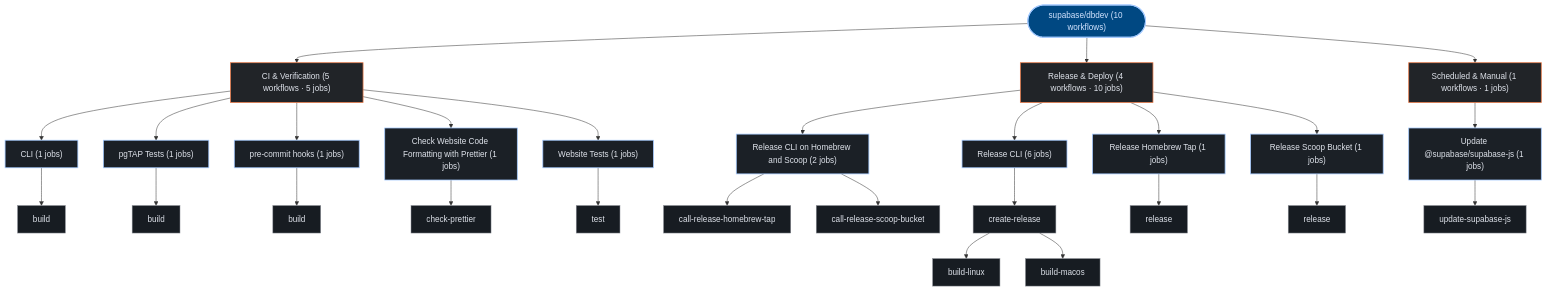
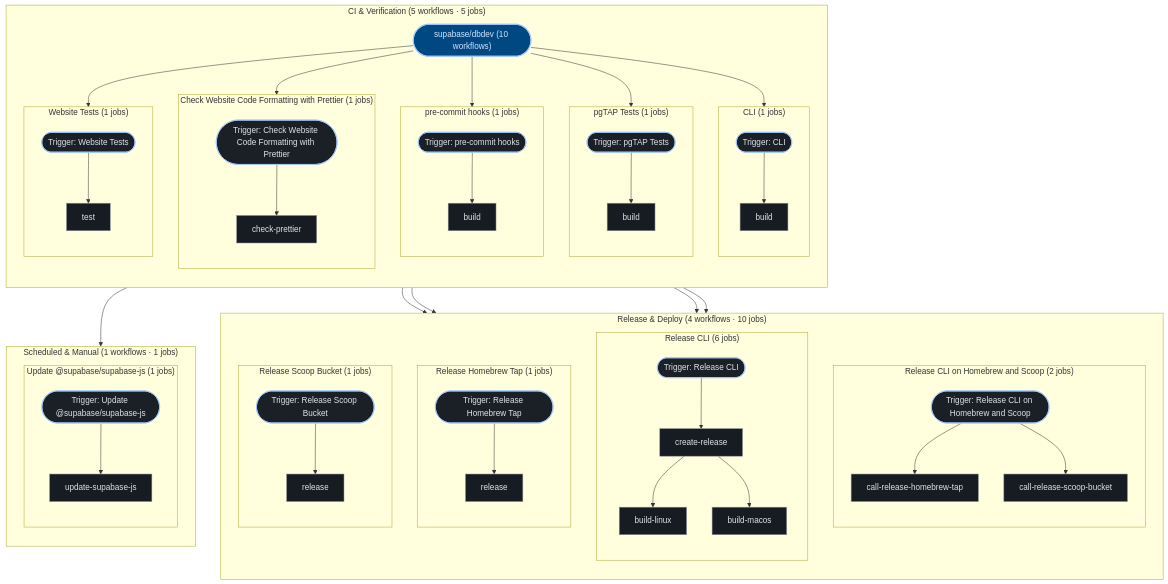
Before and after one commit to kumarshaz/atruss-code-atlas: the third of 3 diagrams in exports/latest/reports/supabase-dbdev-report.md, drawn with Mermaid. The commit also changed 181 other files, not shown here.

````diff
--- a/exports/latest/reports/supabase-dbdev-report.md
+++ b/exports/latest/reports/supabase-dbdev-report.md
@@ -217,56 +217,89 @@
   classDef atlasAlert fill:#93000a,stroke:#ffb4ab,stroke-width:1.5px,color:#ffdad6
   classDef atlasMore fill:#252a31,stroke:#8d9199,stroke-dasharray:4 4,color:#c3c6cf
   pipeline_root(["supabase/dbdev (10 workflows)"]):::atlasRoot
-  grp_0_CI___Verification["CI & Verification (5 workflows · 5 jobs)"]:::atlasCategory
-  pipeline_root --> grp_0_CI___Verification
-  wf_0_CLI["CLI (1 jobs)"]:::atlasWorkflow
-  grp_0_CI___Verification --> wf_0_CLI
-  job_0_build["build"]:::atlasJob
-  wf_0_CLI --> job_0_build
-  wf_2_pgTAP_Tests["pgTAP Tests (1 jobs)"]:::atlasWorkflow
-  grp_0_CI___Verification --> wf_2_pgTAP_Tests
-  job_2_build["build"]:::atlasJob
-  wf_2_pgTAP_Tests --> job_2_build
-  wf_3_pre_commit_hooks["pre-commit hooks (1 jobs)"]:::atlasWorkflow
-  grp_0_CI___Verification --> wf_3_pre_commit_hooks
-  job_3_build["build"]:::atlasJob
-  wf_3_pre_commit_hooks --> job_3_build
-  wf_4_Check_Website_Code_Formatting_with_Prettier["Check Website Code Formatting with Prettier (1 jobs)"]:::atlasWorkflow
-  grp_0_CI___Verification --> wf_4_Check_Website_Code_Formatting_with_Prettier
-  job_4_check_prettier["check-prettier"]:::atlasJob
-  wf_4_Check_Website_Code_Formatting_with_Prettier --> job_4_check_prettier
-  wf_9_Website_Tests["Website Tests (1 jobs)"]:::atlasWorkflow
-  grp_0_CI___Verification --> wf_9_Website_Tests
-  job_9_test["test"]:::atlasJob
-  wf_9_Website_Tests --> job_9_test
-  grp_1_Release___Deploy["Release & Deploy (4 workflows · 10 jobs)"]:::atlasCategory
-  pipeline_root --> grp_1_Release___Deploy
-  wf_1_Release_CLI_on_Homebrew_and_Scoop["Release CLI on Homebrew and Scoop (2 jobs)"]:::atlasWorkflow
-  grp_1_Release___Deploy --> wf_1_Release_CLI_on_Homebrew_and_Scoop
-  job_1_call_release_homebrew_tap["call-release-homebrew-tap"]:::atlasJob
-  job_1_call_release_scoop_bucket["call-release-scoop-bucket"]:::atlasJob
-  wf_1_Release_CLI_on_Homebrew_and_Scoop --> job_1_call_release_homebrew_tap
-  wf_1_Release_CLI_on_Homebrew_and_Scoop --> job_1_call_release_scoop_bucket
-  wf_5_Release_CLI["Release CLI (6 jobs)"]:::atlasWorkflow
-  grp_1_Release___Deploy --> wf_5_Release_CLI
-  job_5_create_release["create-release"]:::atlasJob
-  job_5_build_linux["build-linux"]:::atlasJob
-  job_5_build_macos["build-macos"]:::atlasJob
-  wf_5_Release_CLI --> job_5_create_release
-  job_5_create_release --> job_5_build_linux
-  job_5_create_release --> job_5_build_macos
-  wf_6_Release_Homebrew_Tap["Release Homebrew Tap (1 jobs)"]:::atlasWorkflow
-  grp_1_Release___Deploy --> wf_6_Release_Homebrew_Tap
-  job_6_release["release"]:::atlasJob
-  wf_6_Release_Homebrew_Tap --> job_6_release
-  wf_7_Release_Scoop_Bucket["Release Scoop Bucket (1 jobs)"]:::atlasWorkflow
-  grp_1_Release___Deploy --> wf_7_Release_Scoop_Bucket
-  job_7_release["release"]:::atlasJob
-  wf_7_Release_Scoop_Bucket --> job_7_release
-  grp_2_Scheduled___Manual["Scheduled & Manual (1 workflows · 1 jobs)"]:::atlasCategory
-  pipeline_root --> grp_2_Scheduled___Manual
-  wf_8_Update__supabase_supabase_js["Update @supabase/supabase-js (1 jobs)"]:::atlasWorkflow
-  grp_2_Scheduled___Manual --> wf_8_Update__supabase_supabase_js
-  job_8_update_supabase_js["update-supabase-js"]:::atlasJob
-  wf_8_Update__supabase_supabase_js --> job_8_update_supabase_js
+  subgraph sg_grp_0_CI___Verification["CI & Verification (5 workflows · 5 jobs)"]
+    direction TB
+    subgraph sg_wf_0_CLI["CLI (1 jobs)"]
+      direction TB
+      wf_0_CLI(["Trigger: CLI"]):::atlasWorkflow
+      job_0_build["build"]:::atlasJob
+      wf_0_CLI --> job_0_build
+    end
+    pipeline_root --> wf_0_CLI
+    subgraph sg_wf_2_pgTAP_Tests["pgTAP Tests (1 jobs)"]
+      direction TB
+      wf_2_pgTAP_Tests(["Trigger: pgTAP Tests"]):::atlasWorkflow
+      job_2_build["build"]:::atlasJob
+      wf_2_pgTAP_Tests --> job_2_build
+    end
+    pipeline_root --> wf_2_pgTAP_Tests
+    subgraph sg_wf_3_pre_commit_hooks["pre-commit hooks (1 jobs)"]
+      direction TB
+      wf_3_pre_commit_hooks(["Trigger: pre-commit hooks"]):::atlasWorkflow
+      job_3_build["build"]:::atlasJob
+      wf_3_pre_commit_hooks --> job_3_build
+    end
+    pipeline_root --> wf_3_pre_commit_hooks
+    subgraph sg_wf_4_Check_Website_Code_Formatting_with_Prettier["Check Website Code Formatting with Prettier (1 jobs)"]
+      direction TB
+      wf_4_Check_Website_Code_Formatting_with_Prettier(["Trigger: Check Website Code Formatting with Prettier"]):::atlasWorkflow
+      job_4_check_prettier["check-prettier"]:::atlasJob
+      wf_4_Check_Website_Code_Formatting_with_Prettier --> job_4_check_prettier
+    end
+    pipeline_root --> wf_4_Check_Website_Code_Formatting_with_Prettier
+    subgraph sg_wf_9_Website_Tests["Website Tests (1 jobs)"]
+      direction TB
+      wf_9_Website_Tests(["Trigger: Website Tests"]):::atlasWorkflow
+      job_9_test["test"]:::atlasJob
+      wf_9_Website_Tests --> job_9_test
+    end
+    pipeline_root --> wf_9_Website_Tests
+  end
+  subgraph sg_grp_1_Release___Deploy["Release & Deploy (4 workflows · 10 jobs)"]
+    direction TB
+    subgraph sg_wf_1_Release_CLI_on_Homebrew_and_Scoop["Release CLI on Homebrew and Scoop (2 jobs)"]
+      direction TB
+      wf_1_Release_CLI_on_Homebrew_and_Scoop(["Trigger: Release CLI on Homebrew and Scoop"]):::atlasWorkflow
+      job_1_call_release_homebrew_tap["call-release-homebrew-tap"]:::atlasJob
+      job_1_call_release_scoop_bucket["call-release-scoop-bucket"]:::atlasJob
+      wf_1_Release_CLI_on_Homebrew_and_Scoop --> job_1_call_release_homebrew_tap
+      wf_1_Release_CLI_on_Homebrew_and_Scoop --> job_1_call_release_scoop_bucket
+    end
+    pipeline_root --> wf_1_Release_CLI_on_Homebrew_and_Scoop
+    subgraph sg_wf_5_Release_CLI["Release CLI (6 jobs)"]
+      direction TB
+      wf_5_Release_CLI(["Trigger: Release CLI"]):::atlasWorkflow
+      job_5_create_release["create-release"]:::atlasJob
+      job_5_build_linux["build-linux"]:::atlasJob
+      job_5_build_macos["build-macos"]:::atlasJob
+      wf_5_Release_CLI --> job_5_create_release
+      job_5_create_release --> job_5_build_linux
+      job_5_create_release --> job_5_build_macos
+    end
+    pipeline_root --> wf_5_Release_CLI
+    subgraph sg_wf_6_Release_Homebrew_Tap["Release Homebrew Tap (1 jobs)"]
+      direction TB
+      wf_6_Release_Homebrew_Tap(["Trigger: Release Homebrew Tap"]):::atlasWorkflow
+      job_6_release["release"]:::atlasJob
+      wf_6_Release_Homebrew_Tap --> job_6_release
+    end
+    pipeline_root --> wf_6_Release_Homebrew_Tap
+    subgraph sg_wf_7_Release_Scoop_Bucket["Release Scoop Bucket (1 jobs)"]
+      direction TB
+      wf_7_Release_Scoop_Bucket(["Trigger: Release Scoop Bucket"]):::atlasWorkflow
+      job_7_release["release"]:::atlasJob
+      wf_7_Release_Scoop_Bucket --> job_7_release
+    end
+    pipeline_root --> wf_7_Release_Scoop_Bucket
+  end
+  subgraph sg_grp_2_Scheduled___Manual["Scheduled & Manual (1 workflows · 1 jobs)"]
+    direction TB
+    subgraph sg_wf_8_Update__supabase_supabase_js["Update @supabase/supabase-js (1 jobs)"]
+      direction TB
+      wf_8_Update__supabase_supabase_js(["Trigger: Update @supabase/supabase-js"]):::atlasWorkflow
+      job_8_update_supabase_js["update-supabase-js"]:::atlasJob
+      wf_8_Update__supabase_supabase_js --> job_8_update_supabase_js
+    end
+    pipeline_root --> wf_8_Update__supabase_supabase_js
+  end
 ```
````
